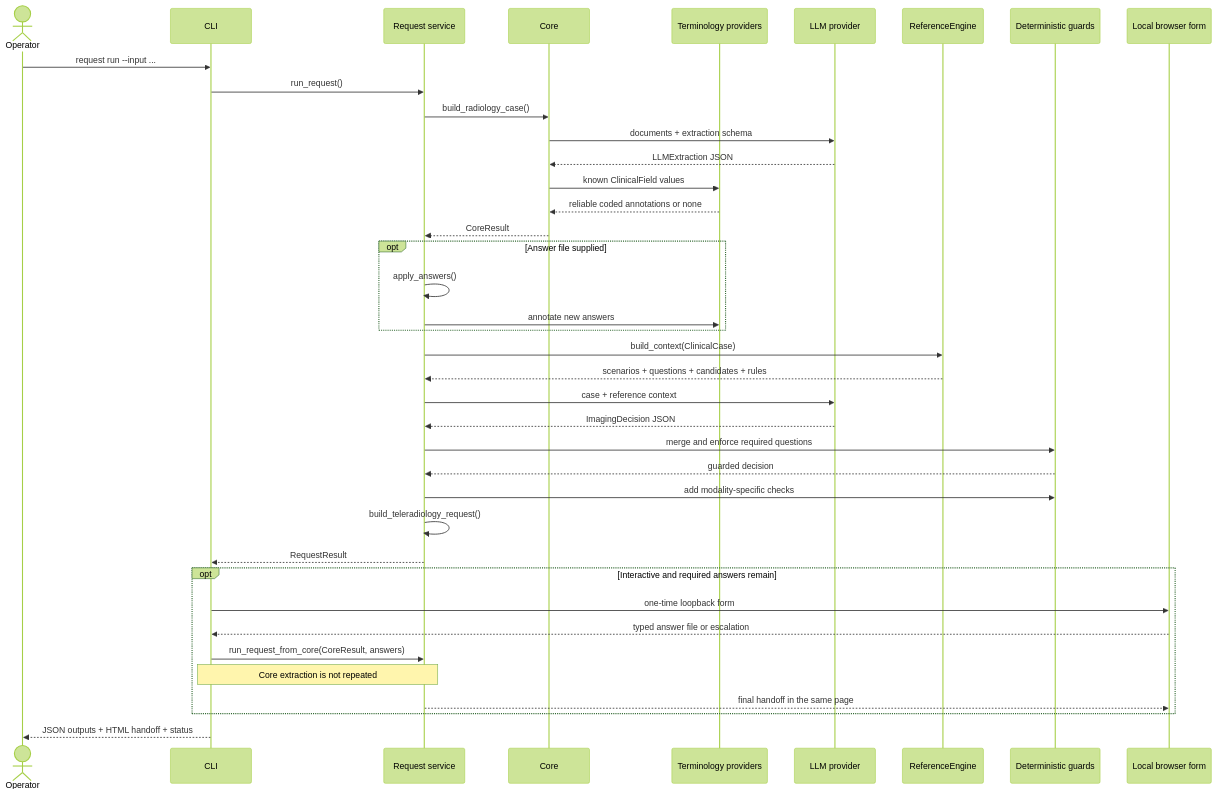
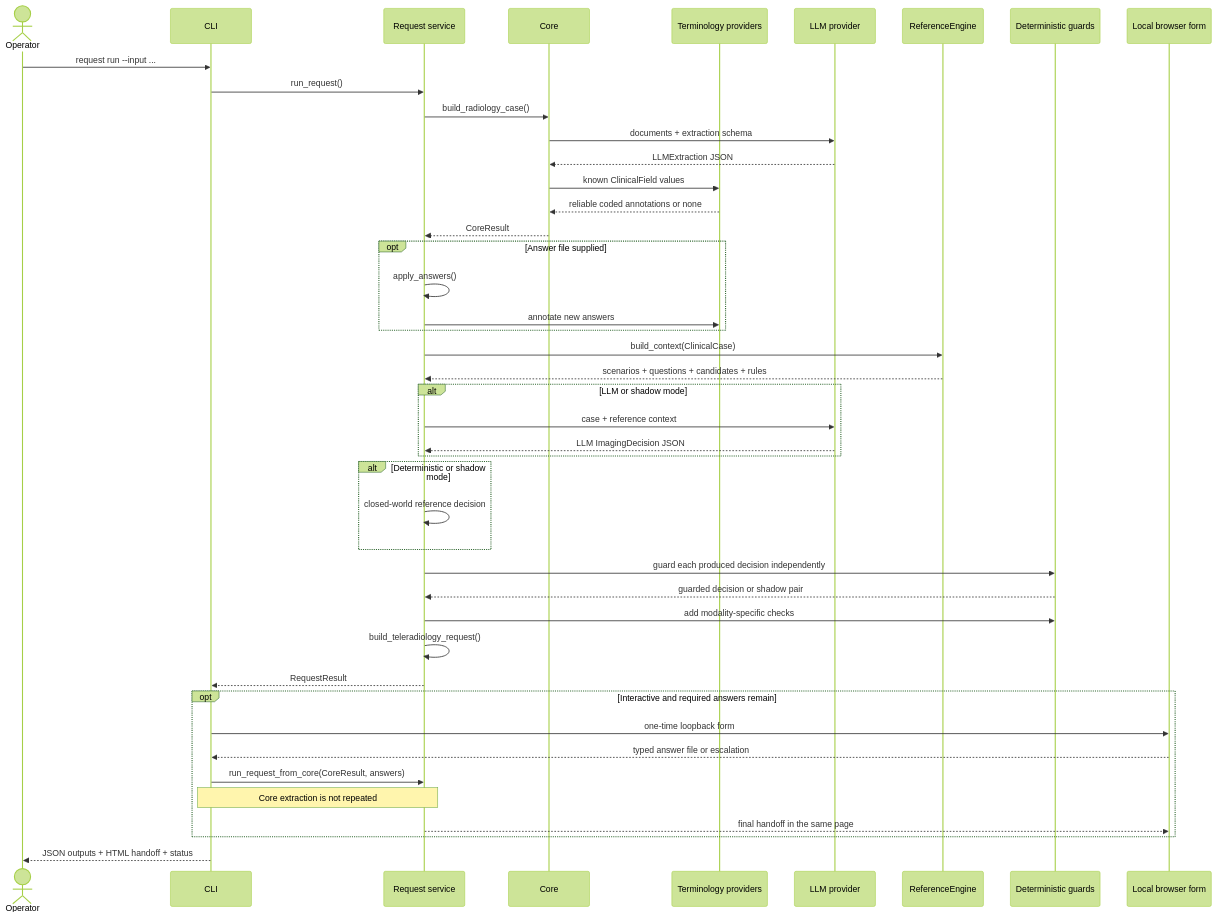
One commit to Thibescobar/bulkinout changed the third of 3 diagrams in docs/architecture.md. Above: the diagram before and after it, drawn with Mermaid (forest theme). The commit also changed other lines of this file and 34 other files, not shown here.

Commit message:
Add deterministic Request decision routing

````diff
--- a/docs/architecture.md
+++ b/docs/architecture.md
@@ -109,42 +112,47 @@
 ```mermaid
 sequenceDiagram
     actor Operator
     participant CLI
     participant Service as Request service
     participant Core
     participant Terms as Terminology providers
     participant Model as LLM provider
     participant Ref as ReferenceEngine
     participant Guard as Deterministic guards
     participant Form as Local browser form
 
     Operator->>CLI: request run --input ...
     CLI->>Service: run_request()
     Service->>Core: build_radiology_case()
     Core->>Model: documents + extraction schema
     Model-->>Core: LLMExtraction JSON
     Core->>Terms: known ClinicalField values
     Terms-->>Core: reliable coded annotations or none
     Core-->>Service: CoreResult
     opt Answer file supplied
         Service->>Service: apply_answers()
         Service->>Terms: annotate new answers
     end
     Service->>Ref: build_context(ClinicalCase)
     Ref-->>Service: scenarios + questions + candidates + rules
-    Service->>Model: case + reference context
-    Model-->>Service: ImagingDecision JSON
-    Service->>Guard: merge and enforce required questions
-    Guard-->>Service: guarded decision
+    alt LLM or shadow mode
+        Service->>Model: case + reference context
+        Model-->>Service: LLM ImagingDecision JSON
+    end
+    alt Deterministic or shadow mode
+        Service->>Service: closed-world reference decision
+    end
+    Service->>Guard: guard each produced decision independently
+    Guard-->>Service: guarded decision or shadow pair
     Service->>Guard: add modality-specific checks
     Service->>Service: build_teleradiology_request()
     Service-->>CLI: RequestResult
     opt Interactive and required answers remain
         CLI->>Form: one-time loopback form
         Form-->>CLI: typed answer file or escalation
         CLI->>Service: run_request_from_core(CoreResult, answers)
         Note over CLI,Service: Core extraction is not repeated
         Service-->>Form: final handoff in the same page
     end
     CLI-->>Operator: JSON outputs + HTML handoff + status
 ```
````
